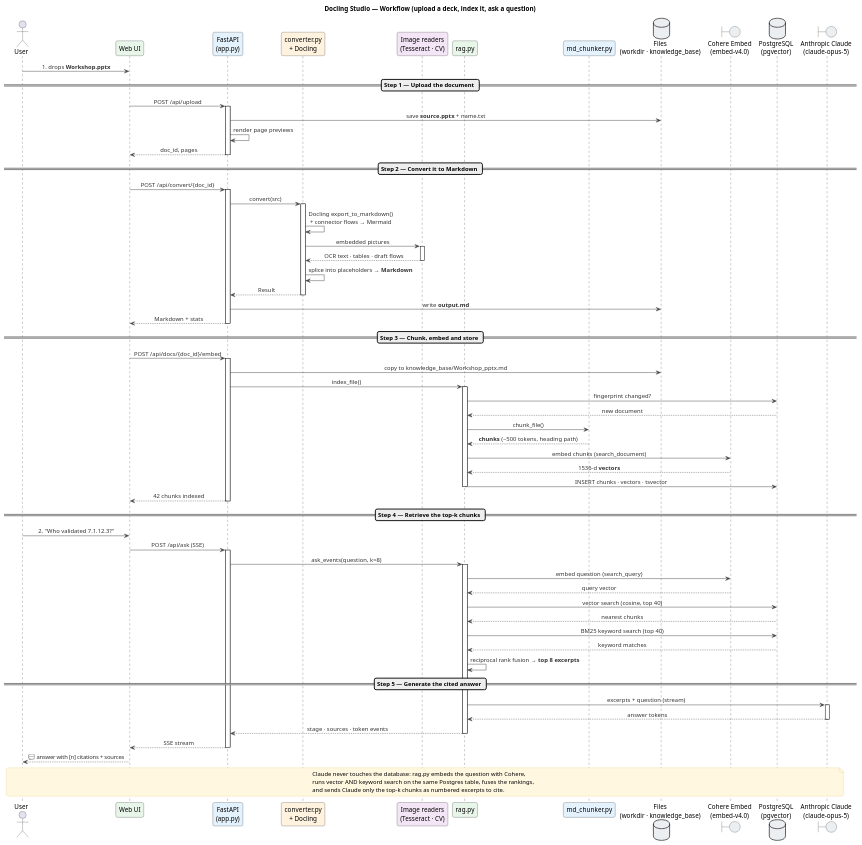
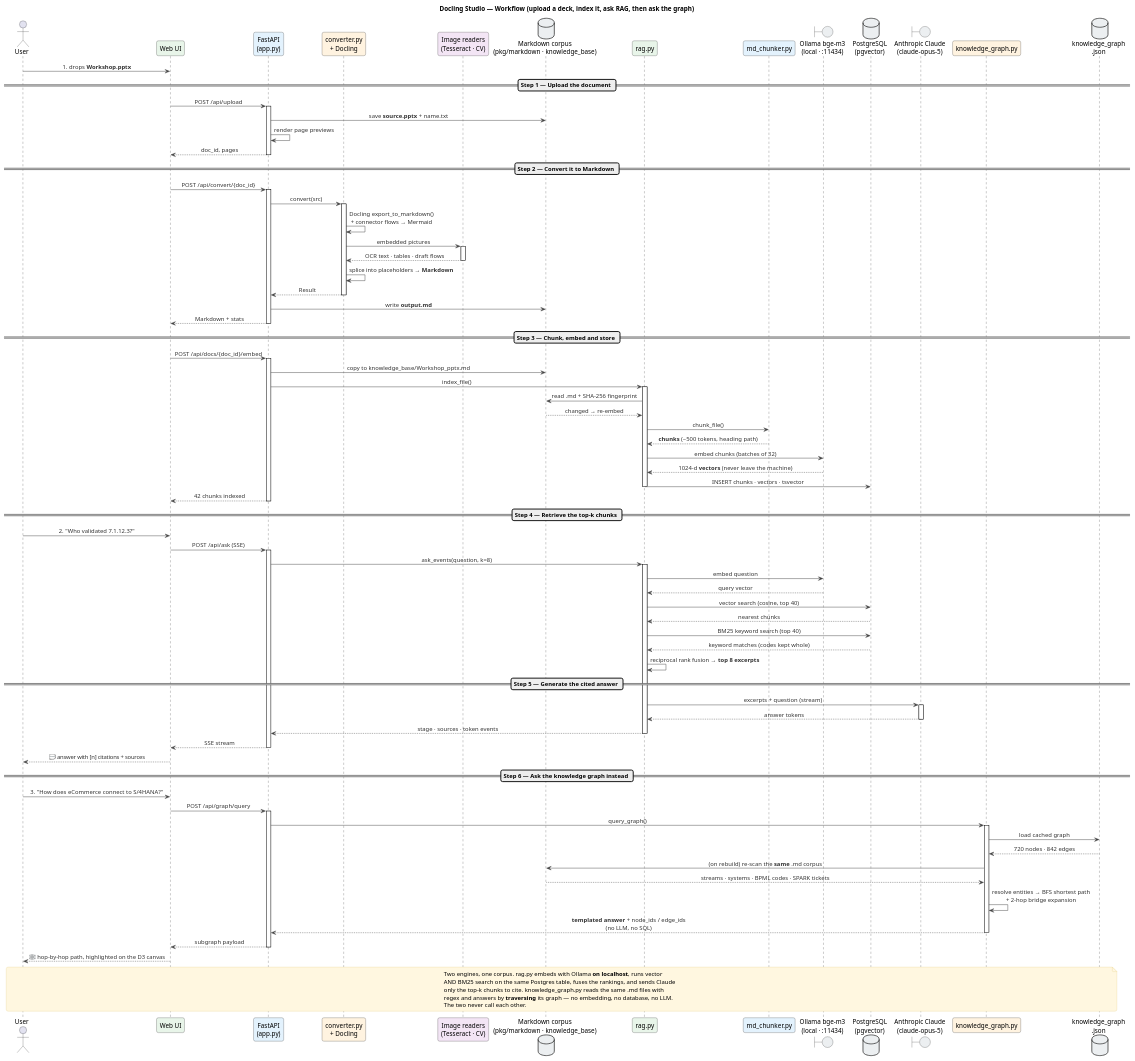
The diagram in docs/system-workflow.puml (spalanivelu1989/docling-studio), drawn with PlantUML before and after one commit. The commit also changed 151 other files, not shown here.

```diff
--- a/docs/system-workflow.puml
+++ b/docs/system-workflow.puml
@@ -1,101 +1,122 @@
 @startuml system-workflow
-title Docling Studio — Workflow (upload a deck, index it, ask a question)
+title Docling Studio — Workflow (upload a deck, index it, ask RAG, then ask the graph)
 
 skinparam backgroundColor #FFFFFF
 skinparam shadowing false
 skinparam sequenceMessageAlign center
 skinparam roundcorner 8
 skinparam ArrowColor #444444
 skinparam ArrowFontColor #333333
 skinparam responseMessageBelowArrow true
 skinparam NoteBackgroundColor #FFF7E0
 skinparam NoteBorderColor #E0C46C
 
 actor "User" as User
 participant "Web UI" as UI #E8F5E9
 participant "FastAPI\n(app.py)" as API #E3F2FD
 participant "converter.py\n+ Docling" as Conv #FFF3E0
 participant "Image readers\n(Tesseract · CV)" as Read #F3E5F5
+database "Markdown corpus\n(pkg/markdown · knowledge_base)" as Files #ECEFF1
 participant "rag.py" as RAG #E8F5E9
 participant "md_chunker.py" as Chunk #E3F2FD
-database "Files\n(workdir · knowledge_base)" as Files #ECEFF1
-boundary "Cohere Embed\n(embed-v4.0)" as Cohere #ECEFF1
+boundary "Ollama bge-m3\n(local · :11434)" as Ollama #ECEFF1
 database "PostgreSQL\n(pgvector)" as PG #ECEFF1
 boundary "Anthropic Claude\n(claude-opus-5)" as Claude #ECEFF1
+participant "knowledge_graph.py" as KG #FFF3E0
+database "knowledge_graph\n.json" as KGJson #ECEFF1
 
 User -> UI : 1. drops **Workshop.pptx**
 
 == Step 1 — Upload the document ==
 UI -> API : POST /api/upload
 activate API
 API -> Files : save **source.pptx** + name.txt
 API -> API : render page previews
 API --> UI : doc_id, pages
 deactivate API
 
 == Step 2 — Convert it to Markdown ==
 UI -> API : POST /api/convert/{doc_id}
 activate API
 API -> Conv : convert(src)
 activate Conv
 Conv -> Conv : Docling export_to_markdown()\n+ connector flows → Mermaid
 Conv -> Read : embedded pictures
 activate Read
 Read --> Conv : OCR text · tables · draft flows
 deactivate Read
 Conv -> Conv : splice into placeholders → **Markdown**
 Conv --> API : Result
 deactivate Conv
 API -> Files : write **output.md**
 API --> UI : Markdown + stats
 deactivate API
 
 == Step 3 — Chunk, embed and store ==
 UI -> API : POST /api/docs/{doc_id}/embed
 activate API
 API -> Files : copy to knowledge_base/Workshop_pptx.md
 API -> RAG : index_file()
 activate RAG
-RAG -> PG : fingerprint changed?
-PG --> RAG : new document
+RAG -> Files : read .md + SHA-256 fingerprint
+Files --> RAG : changed → re-embed
 RAG -> Chunk : chunk_file()
 Chunk --> RAG : **chunks** (~500 tokens, heading path)
-RAG -> Cohere : embed chunks (search_document)
-Cohere --> RAG : 1536-d **vectors**
+RAG -> Ollama : embed chunks (batches of 32)
+Ollama --> RAG : 1024-d **vectors** (never leave the machine)
 RAG -> PG : INSERT chunks · vectors · tsvector
 deactivate RAG
 API --> UI : 42 chunks indexed
 deactivate API
 
 == Step 4 — Retrieve the top-k chunks ==
 User -> UI : 2. "Who validated 7.1.12.3?"
 UI -> API : POST /api/ask (SSE)
 activate API
 API -> RAG : ask_events(question, k=8)
 activate RAG
-RAG -> Cohere : embed question (search_query)
-Cohere --> RAG : query vector
+RAG -> Ollama : embed question
+Ollama --> RAG : query vector
 RAG -> PG : vector search (cosine, top 40)
 PG --> RAG : nearest chunks
 RAG -> PG : BM25 keyword search (top 40)
-PG --> RAG : keyword matches
+PG --> RAG : keyword matches (codes kept whole)
 RAG -> RAG : reciprocal rank fusion → **top 8 excerpts**
 
 == Step 5 — Generate the cited answer ==
 RAG -> Claude : excerpts + question (stream)
 activate Claude
 Claude --> RAG : answer tokens
 deactivate Claude
 RAG --> API : stage · sources · token events
 deactivate RAG
 API --> UI : SSE stream
 deactivate API
 UI --> User : 💬 answer with [n] citations + sources
 
+== Step 6 — Ask the knowledge graph instead ==
+User -> UI : 3. "How does eCommerce connect to S/4HANA?"
+UI -> API : POST /api/graph/query
+activate API
+API -> KG : query_graph()
+activate KG
+KG -> KGJson : load cached graph
+KGJson --> KG : 720 nodes · 842 edges
+KG -> Files : (on rebuild) re-scan the **same** .md corpus
+Files --> KG : streams · systems · BPML codes · SPARK tickets
+KG -> KG : resolve entities → BFS shortest path\n+ 2-hop bridge expansion
+KG --> API : **templated answer** + node_ids / edge_ids\n(no LLM, no SQL)
+deactivate KG
+API --> UI : subgraph payload
+deactivate API
+UI --> User : 🕸️ hop-by-hop path, highlighted on the D3 canvas
+
 note across
-  Claude never touches the database: rag.py embeds the question with Cohere,
-  runs vector AND keyword search on the same Postgres table, fuses the rankings,
-  and sends Claude only the top-k chunks as numbered excerpts to cite.
+  Two engines, one corpus. rag.py embeds with Ollama **on localhost**, runs vector
+  AND BM25 search on the same Postgres table, fuses the rankings, and sends Claude
+  only the top-k chunks to cite. knowledge_graph.py reads the same .md files with
+  regex and answers by **traversing** its graph — no embedding, no database, no LLM.
+  The two never call each other.
 end note
 
 @enduml
```
